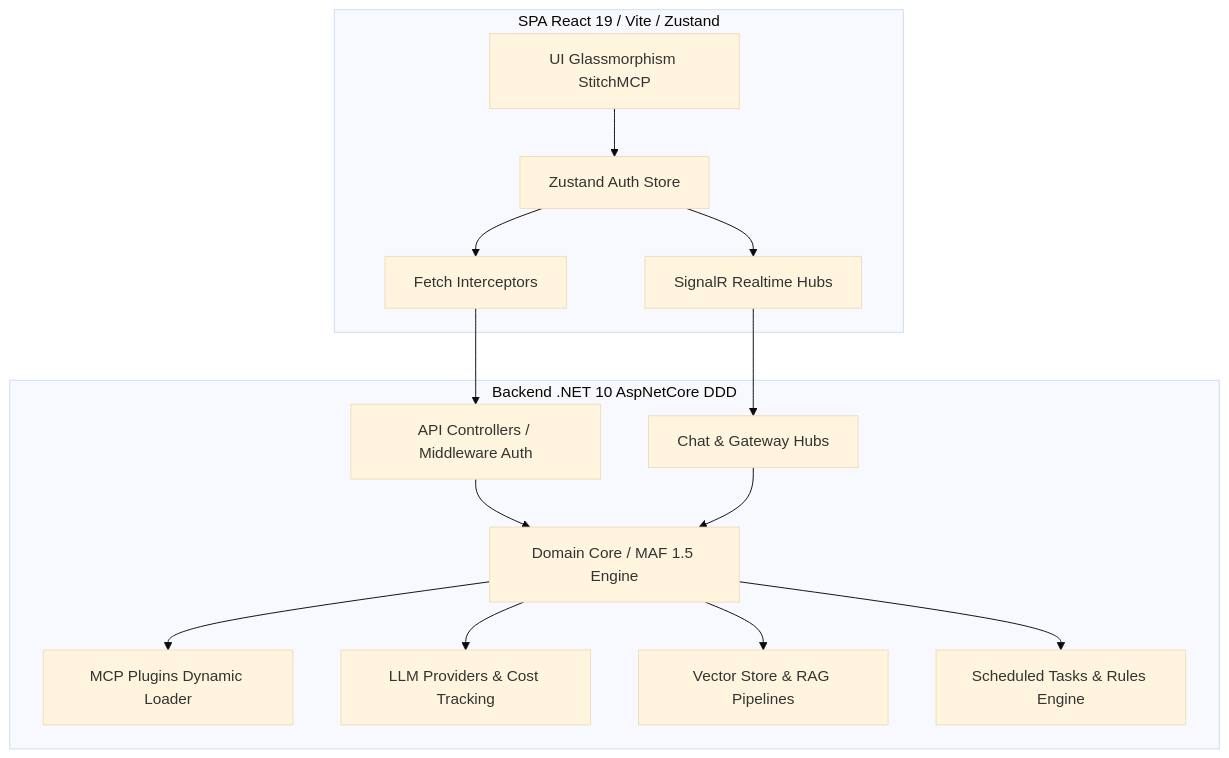
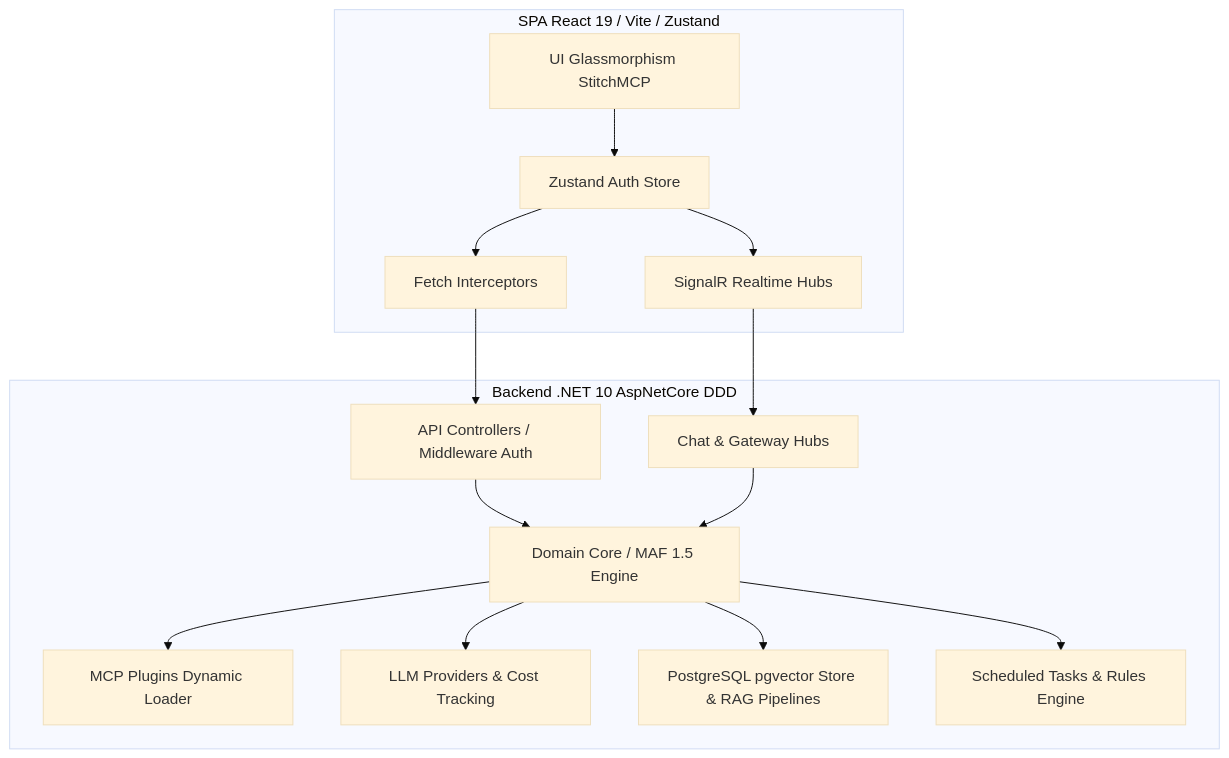
One commit to JonathanBenicio/Agent-System changed the diagram in docs/plan/master-fullstack-roadmap.md. Above: the diagram before and after it, drawn with Mermaid (base theme). The commit also changed other lines of this file and 7 other files, not shown here.

````diff
--- a/docs/plan/master-fullstack-roadmap.md
+++ b/docs/plan/master-fullstack-roadmap.md
@@ -18,23 +18,23 @@
 ```mermaid
 graph TD
     %% Frontend
     subgraph Frontend [SPA React 19 / Vite / Zustand]
         UI[UI Glassmorphism StitchMCP] --> AuthStore[Zustand Auth Store]
         AuthStore --> HTTPClient[Fetch Interceptors]
         AuthStore --> SignalRClient[SignalR Realtime Hubs]
     end
 
     %% Gateway / API
     subgraph Backend [Backend .NET 10 AspNetCore DDD]
         HTTPClient --> APIGateway[API Controllers / Middleware Auth]
         SignalRClient --> SignalRHubs[Chat & Gateway Hubs]
         
         APIGateway --> CoreServices[Domain Core / MAF 1.5 Engine]
         SignalRHubs --> CoreServices
         
         CoreServices --> Plugins[MCP Plugins Dynamic Loader]
         CoreServices --> LLMServices[LLM Providers & Cost Tracking]
-        CoreServices --> RAGEngine[Vector Store & RAG Pipelines]
+        CoreServices --> RAGEngine[PostgreSQL pgvector Store & RAG Pipelines]
         CoreServices --> ScheduledEngine[Scheduled Tasks & Rules Engine]
     end
 ```
````
